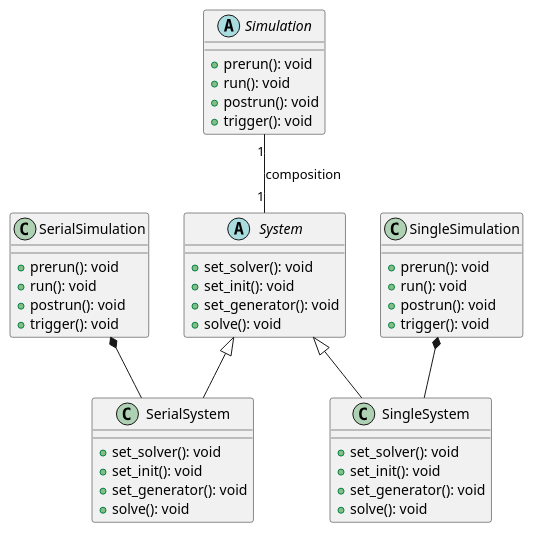
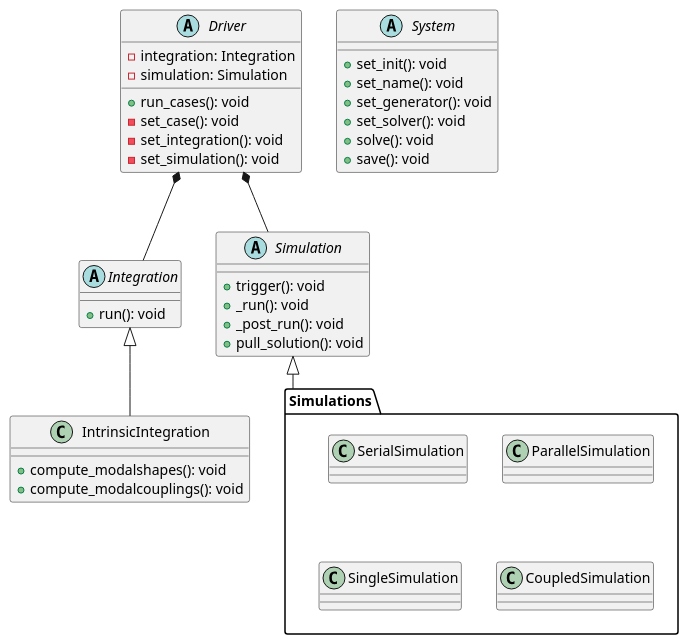
The third of 3 diagrams in docs/schemas/draft1.org (ACea15/FENIAX), drawn with PlantUML before and after one commit. The commit also changed other lines of this file and 4 other files, not shown here.

Commit message:
add main architecture

```diff
--- a/docs/schemas/draft1.org
+++ b/docs/schemas/draft1.org
@@ -258,53 +258,65 @@
 #+begin_src plantuml :file classes.png
 
-  abstract class Simulation {
-    +prerun(): void
-    +run(): void
-    +postrun(): void
-    +trigger(): void
+    abstract class Driver {
+            -integration: Integration
+            -simulation: Simulation
+            +run_cases(): void
+            -set_case(): void
+            -set_integration(): void
+            -set_simulation(): void
+    }
+
+    abstract class Integration {
+      +run(): void
+    }
+
+    class IntrinsicIntegration {
+      +compute_modalshapes(): void
+      +compute_modalcouplings(): void
+    }
+
+
+    abstract class Simulation {
+      +trigger(): void
+      +_run(): void
+      +_post_run(): void
+      +pull_solution(): void
+    }
+
+    package Simulations {
+    class SerialSimulation {
+    }
+
+    class ParallelSimulation {
+    }
+
+    class SingleSimulation {
+    }
+
+    class CoupledSimulation {
+    }
   }
 
   abstract class System {
+    +set_init(): void
+    +set_name(): void
+    +set_generator(): void
     +set_solver(): void
-    +set_init(): void
-    +set_generator(): void
     +solve(): void
+    +save(): void
   }
 
-  class SerialSimulation {
-    +prerun(): void
-    +run(): void
-    +postrun(): void
-    +trigger(): void
-  }
+    /'
+     ' Simulation <|-- SerialSimulation
+     ' Simulation <|-- ParallelSimulation
+     ' Simulation <|-- SingleSimulation
+     ' Simulation <|-- CoupledSimulation
+     '/
 
-  class SingleSimulation {
-    +prerun(): void
-    +run(): void
-    +postrun(): void
-    +trigger(): void
-  }
-
-  Simulation "1" -- "1" System : composition
-
-  System <|-- SerialSystem
-  System <|-- SingleSystem
-
-  class SerialSystem {
-    +set_solver(): void
-    +set_init(): void
-    +set_generator(): void
-    +solve(): void
-  }
-
-  class SingleSystem {
-    +set_solver(): void
-    +set_init(): void
-    +set_generator(): void
-    +solve(): void
-  }
-
-  SerialSimulation *-- SerialSystem
-  SingleSimulation *-- SingleSystem
-
+    Simulation <|-- Simulations
+    'Driver "1" -- "1" Integration : composition
+    'Driver "1" -- "1" Simulation : composition'
+    Driver  *-- Integration
+    Driver  *-- Simulation
+    Integration <|-- IntrinsicIntegration
 #+end_src
```
